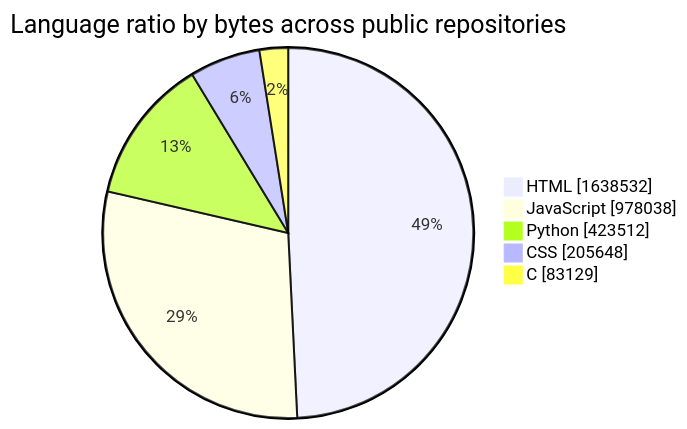
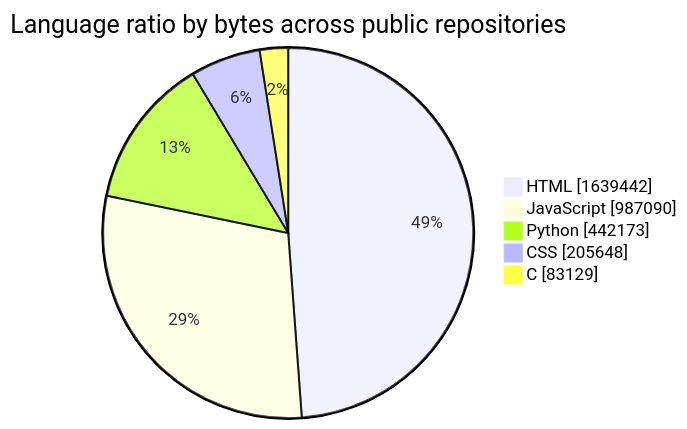
Before and after one commit to tchinso/tchinso: the first of 2 diagrams in README.md, drawn with Mermaid. The commit also changed other lines of this file, not shown here.

````diff
--- a/README.md
+++ b/README.md
@@ -24,9 +24,9 @@
 ```mermaid
 pie showData
     title Language ratio by bytes across public repositories
-    "HTML" : 1638532
-    "JavaScript" : 978038
-    "Python" : 423512
+    "HTML" : 1639442
+    "JavaScript" : 987090
+    "Python" : 442173
     "CSS" : 205648
     "C" : 83129
 ```
````
